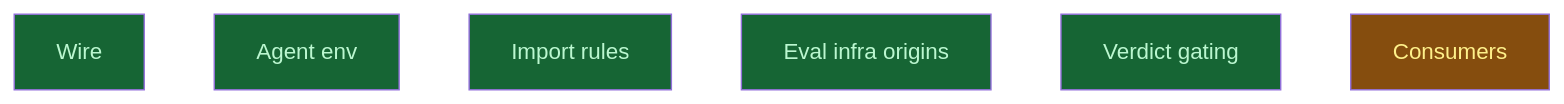
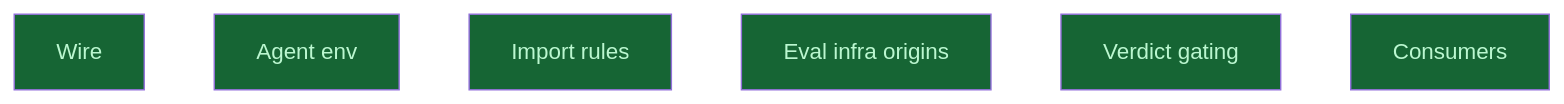
The diagram in __roadmap__/m2c-wire-alignment/README.md (CrackingShells/Candler), drawn with Mermaid before and after one commit. The commit also changed other lines of this file and 4 other files, not shown here.

````diff
--- a/__roadmap__/m2c-wire-alignment/README.md
+++ b/__roadmap__/m2c-wire-alignment/README.md
@@ -122,14 +122,14 @@
 ```mermaid
 graph TD
     wire[Wire]:::done
     agent_env[Agent env]:::done
     import_rules[Import rules]:::done
     eval_infra_origins[Eval infra origins]:::done
     verdict_gating[Verdict gating]:::done
-    consumers[Consumers]:::inprogress
+    consumers[Consumers]:::done
     classDef done       fill:#166534,color:#bbf7d0
     classDef inprogress fill:#854d0e,color:#fef08a
     classDef planned    fill:#374151,color:#e5e7eb
     classDef amendment  fill:#1e3a5f,color:#bfdbfe
     classDef blocked    fill:#7f1d1d,color:#fecaca
 ```
````
